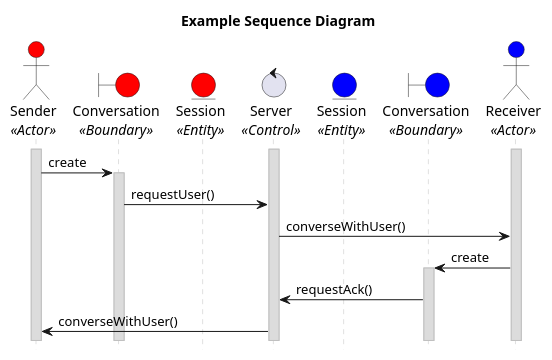
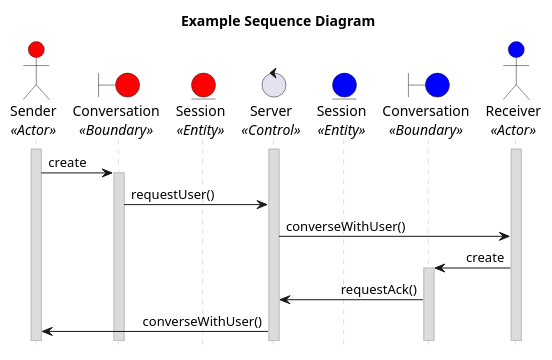
The diagram in examples/example_01.puml (CECS-491-SP24-Group-1/seq-diagrams), drawn with PlantUML before and after one commit. The commit also changed 16 other files, not shown here.

```diff
--- a/examples/example_01.puml
+++ b/examples/example_01.puml
@@ -1,40 +1,41 @@
 @startuml example
 title "Example Sequence Diagram"
 
 'Styling goes here
 hide footbox
 skinparam stereotypePosition bottom
+skinparam sequenceMessageAlign direction
 skinparam sequence {
 	LifeLineBorderColor #Silver
 	LifeLineBackgroundColor #Gainsboro
 }
 
 'Setup the objects involved here
 actor Sender as s <<Actor>> #red
 boundary Conversation as sc <<Boundary>> #red
 entity Session as ss <<Entity>> #red
 control Server as srv <<Control>>
 entity Session as rs <<Entity>> #blue
 boundary Conversation as rc <<Boundary>> #blue
 actor Receiver as r <<Actor>> #blue
 
 'Setup persistent objects here
 activate s
 activate srv
 activate r
 
 '--- FLOW OF CONTROL STARTS HERE ---
 'Sender creates a conversation and ends the request to the receiver
 s -> sc: create
 activate sc
 sc -> srv: requestUser()
 srv -> r: converseWithUser()
 
 'Receiver accepts the conversation and sends ACK to the sender
 r -> rc: create
 activate rc
 rc -> srv: requestAck()
 srv -> s: converseWithUser()
 '--- FLOW OF CONTROL ENDS HERE   ---
 
 @enduml
```
